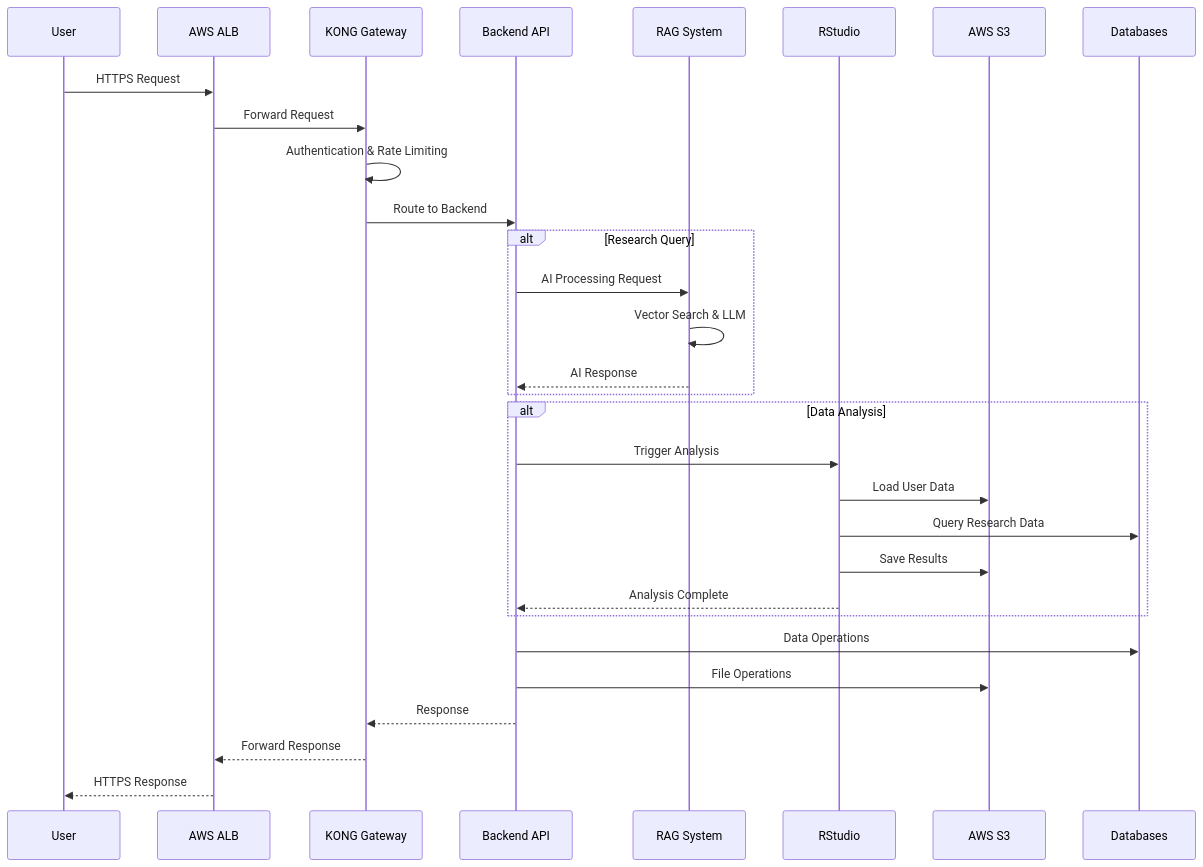
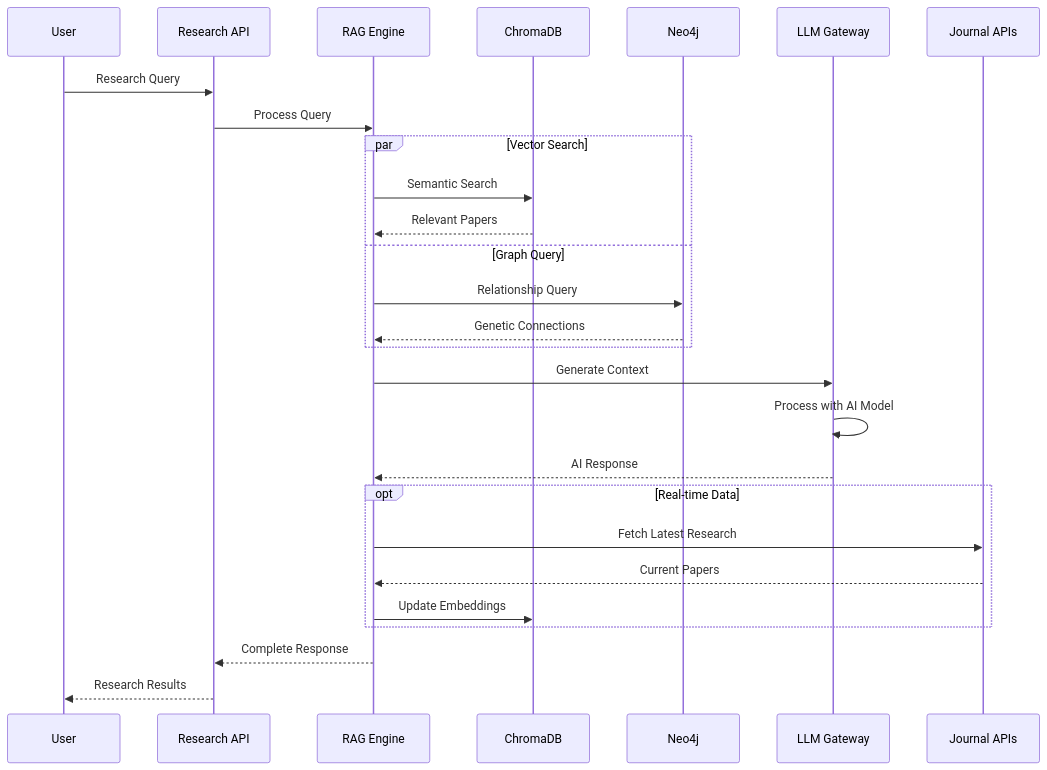
The third of 3 diagrams in docs/architecture-analysis-comprehensive.md (naratech-eng/researcher-platform), drawn with Mermaid before and after one commit. The commit also changed other lines of this file and 1 other file, not shown here.

````diff
--- a/docs/architecture-analysis-comprehensive.md
+++ b/docs/architecture-analysis-comprehensive.md
@@ -368,36 +523,34 @@
 ```mermaid
 sequenceDiagram
     participant U as User
-    participant ALB as AWS ALB
-    participant KONG as KONG Gateway
-    participant API as Backend API
-    participant RAG as RAG System
-    participant RS as RStudio
-    participant S3 as AWS S3
-    participant DB as Databases
+    participant API as Research API
+    participant RAG as RAG Engine
+    participant CHROMA as ChromaDB
+    participant NEO as Neo4j
+    participant LLM as LLM Gateway
+    participant EXT as Journal APIs
 
-    U->>ALB: HTTPS Request
-    ALB->>KONG: Forward Request
-    KONG->>KONG: Authentication & Rate Limiting
-    KONG->>API: Route to Backend
+    U->>API: Research Query
+    API->>RAG: Process Query
     
-    alt Research Query
-        API->>RAG: AI Processing Request
-        RAG->>RAG: Vector Search & LLM
-        RAG-->>API: AI Response
+    par Vector Search
+        RAG->>CHROMA: Semantic Search
+        CHROMA-->>RAG: Relevant Papers
+    and Graph Query
+        RAG->>NEO: Relationship Query
+        NEO-->>RAG: Genetic Connections
     end
     
-    alt Data Analysis
-        API->>RS: Trigger Analysis
-        RS->>S3: Load User Data
-        RS->>DB: Query Research Data
-        RS->>S3: Save Results
-        RS-->>API: Analysis Complete
+    RAG->>LLM: Generate Context
+    LLM->>LLM: Process with AI Model
+    LLM-->>RAG: AI Response
+    
+    opt Real-time Data
+        RAG->>EXT: Fetch Latest Research
+        EXT-->>RAG: Current Papers
+        RAG->>CHROMA: Update Embeddings
     end
     
-    API->>DB: Data Operations
-    API->>S3: File Operations
-    API-->>KONG: Response
-    KONG-->>ALB: Forward Response
-    ALB-->>U: HTTPS Response
+    RAG-->>API: Complete Response
+    API-->>U: Research Results
 ```
````
